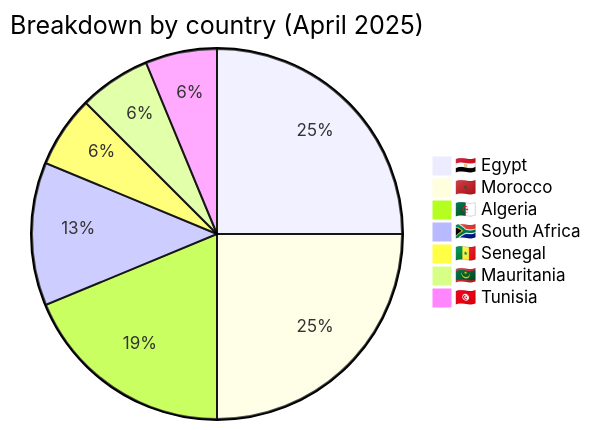
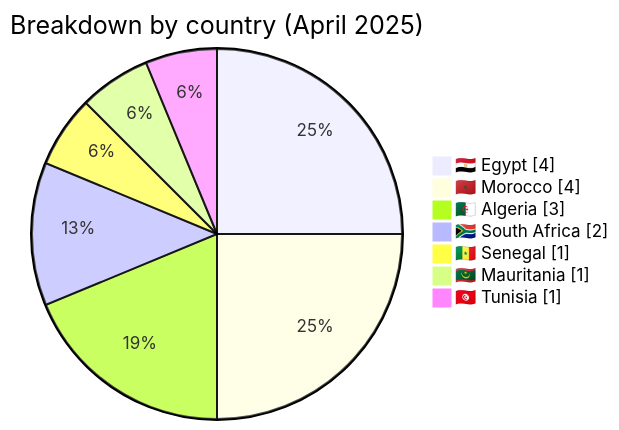
One commit to Hatchepsoute/AFRINTEL changed the third of 7 diagrams in CyberAttackAfrica/2025/04-april/README.md. Above: the diagram before and after it, drawn with Mermaid. The commit also changed other lines of this file and 182 other files, not shown here.

````diff
--- a/CyberAttackAfrica/2025/04-april/README.md
+++ b/CyberAttackAfrica/2025/04-april/README.md
@@ -93,10 +98,11 @@
 ```mermaid
-pie title Breakdown by country (April 2025)
+pie showData
+    title Breakdown by country (April 2025)
     "🇪🇬 Egypt" : 4
     "🇲🇦 Morocco" : 4
     "🇩🇿 Algeria" : 3
     "🇿🇦 South Africa" : 2
     "🇸🇳 Senegal" : 1
     "🇲🇷 Mauritania" : 1
     "🇹🇳 Tunisia" : 1
 ```
````
